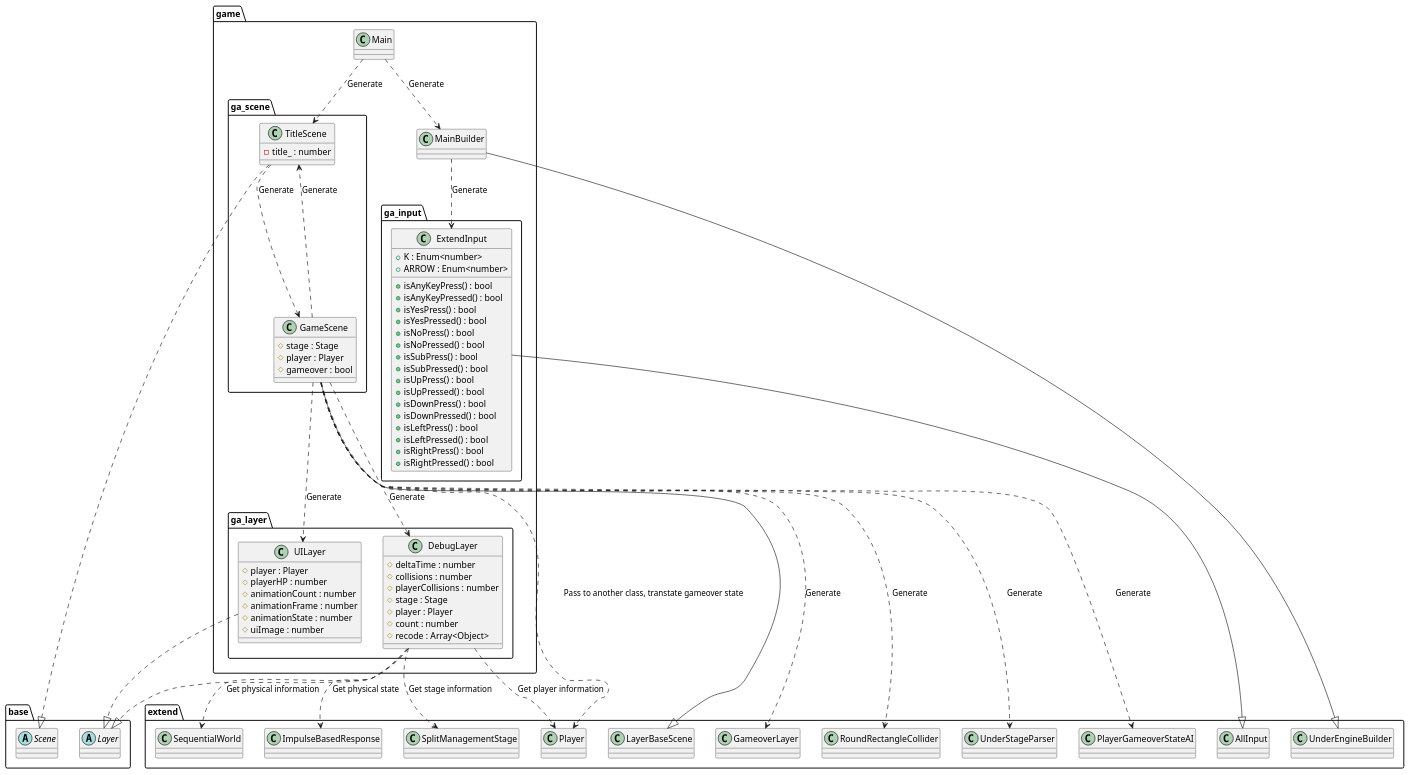
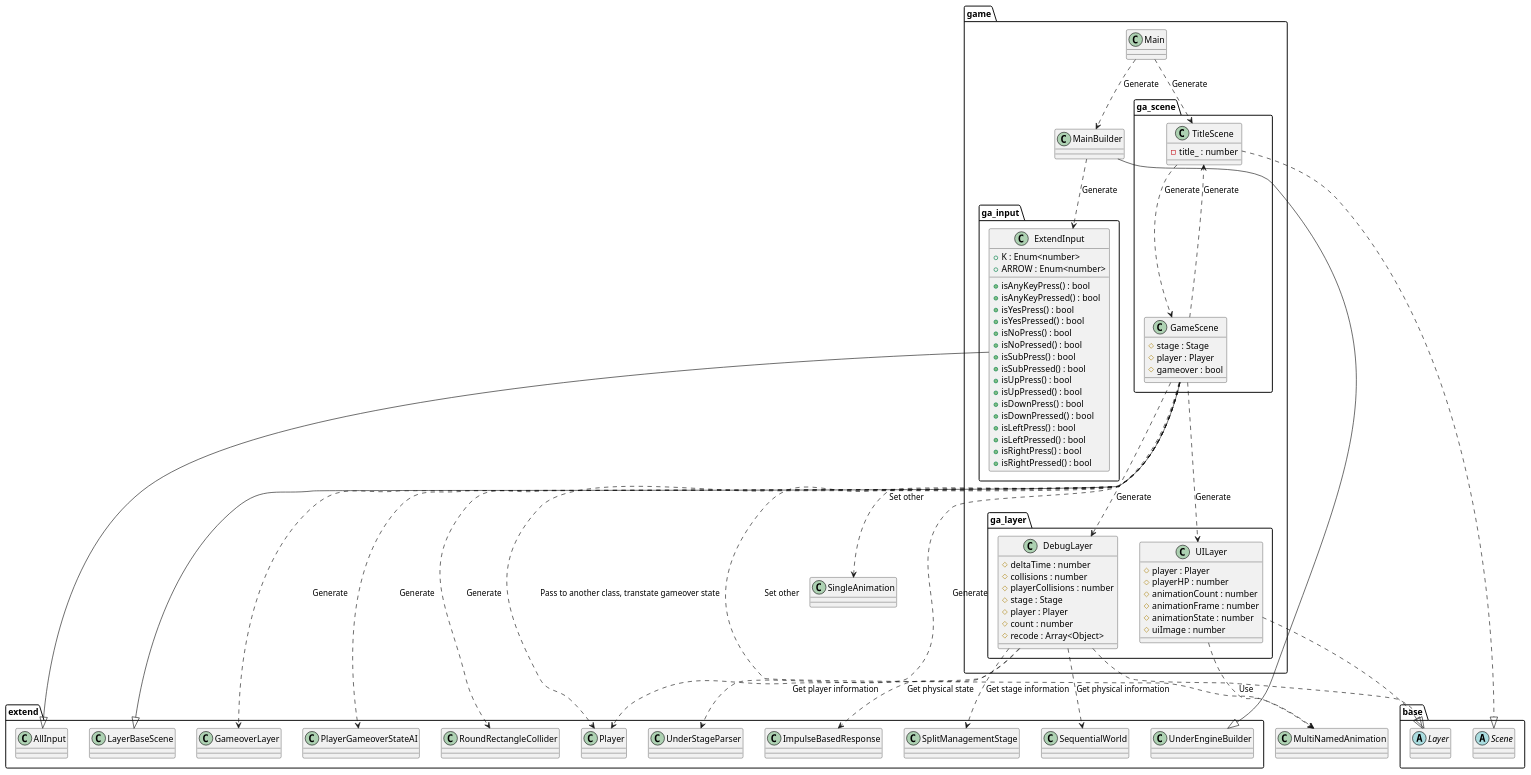
Before and after one commit to Expine/Under: the diagram in uml/gamebase/Game.wsd, drawn with PlantUML. The commit also changed 20 other files, not shown here.

```diff
--- a/uml/gamebase/Game.wsd
+++ b/uml/gamebase/Game.wsd
@@ -1,104 +1,108 @@
 @startuml GameBaseGame
 
 package game {
     class Main
     class MainBuilder
     package ga_input {
         class ExtendInput {
             +K : Enum<number>
             +ARROW : Enum<number>
             +isAnyKeyPress() : bool
             +isAnyKeyPressed() : bool
             +isYesPress() : bool
             +isYesPressed() : bool
             +isNoPress() : bool
             +isNoPressed() : bool
             +isSubPress() : bool
             +isSubPressed() : bool
             +isUpPress() : bool
             +isUpPressed() : bool
             +isDownPress() : bool
             +isDownPressed() : bool
             +isLeftPress() : bool
             +isLeftPressed() : bool
             +isRightPress() : bool
             +isRightPressed() : bool
         }
     }
     package ga_layer {
         class DebugLayer {
             #deltaTime : number
             #collisions : number
             #playerCollisions : number
             #stage : Stage
             #player : Player
             #count : number
             #recode : Array<Object>
         }
         class UILayer {
             #player : Player
             #playerHP : number
             #animationCount : number
             #animationFrame : number
             #animationState : number
             #uiImage : number
         }
     }
     package ga_scene {
         class TitleScene {
             -title_ : number
         }
         class GameScene {
             #stage : Stage
             #player : Player
             #gameover : bool
         }
     }
 }
 
 package base {
     abstract Scene
     abstract Layer
 }
 
 package extend {
     class UnderEngineBuilder
     class LayerBaseScene
     class GameoverLayer
     class AllInput
     class Player
     class PlayerGameoverStateAI
     class RoundRectangleCollider
     class UnderStageParser
     class ImpulseBasedResponse
     class SplitManagementStage
     class SequentialWorld
 }
 
 Main ..> MainBuilder : Generate
 Main ..> TitleScene : Generate
 MainBuilder ..> ExtendInput : Generate
 
 TitleScene ..> GameScene : Generate
 GameScene ..> UnderStageParser : Generate
 GameScene ..> DebugLayer : Generate
 GameScene ..> UILayer : Generate
 GameScene ..> GameoverLayer : Generate
 GameScene ..> Player : Pass to another class, transtate gameover state
 GameScene ..> PlayerGameoverStateAI : Generate
 GameScene ..> RoundRectangleCollider : Generate
 GameScene ..> TitleScene : Generate
+GameScene ..> MultiNamedAnimation : Set other
+GameScene ..> SingleAnimation : Set other
 
 DebugLayer ..> Player : Get player information
 DebugLayer ..> ImpulseBasedResponse : Get physical state
 DebugLayer ..> SplitManagementStage : Get stage information
 DebugLayer ..> SequentialWorld : Get physical information
+
+UILayer ..> MultiNamedAnimation : Use
 
 MainBuilder --|> UnderEngineBuilder
 ExtendInput --|> AllInput
 TitleScene ..|> Scene
 GameScene --|> LayerBaseScene
 DebugLayer ..|> Layer
 UILayer ..|> Layer
 
 @enduml
```
